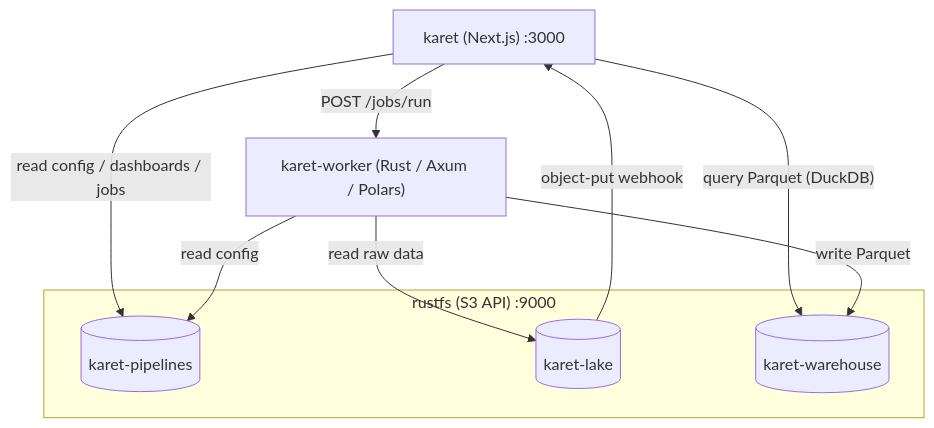
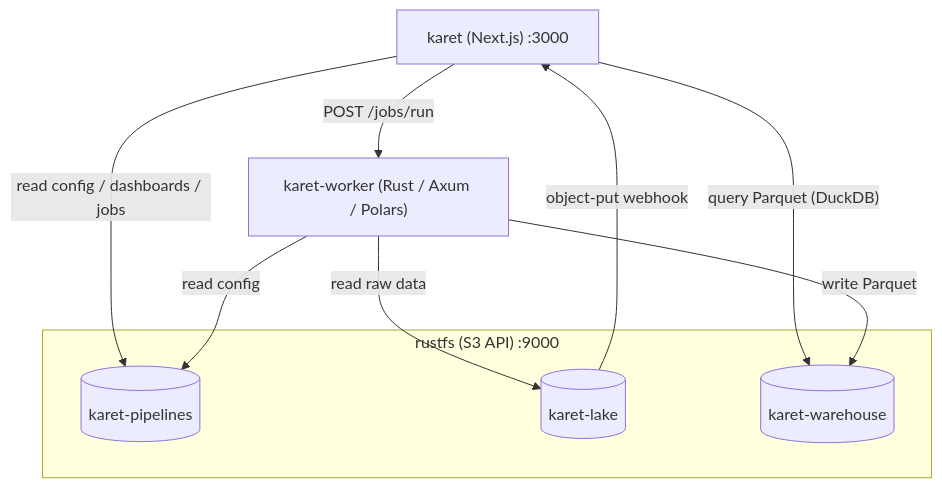
Before and after one commit to karet-org/karet-docs: the diagram in guide/architecture.md, drawn with Mermaid. The commit also changed 2 other files, not shown here.

Commit message:
Replaced ascii diagram with mermaid

````diff
--- a/guide/architecture.md
+++ b/guide/architecture.md
@@ -11,20 +11,25 @@
 ```mermaid
+%%{ init: { "flowchart": { "nodeSpacing": 55, "rankSpacing": 70 } } }%%
 flowchart TB
   web["karet (Next.js) :3000"]
   worker["karet-worker (Rust / Axum / Polars)"]
 
   subgraph s3["rustfs (S3 API) :9000"]
     pipelines[("karet-pipelines")]
     lake[("karet-lake")]
     warehouse[("karet-warehouse")]
   end
 
+  %% web edges, ordered left -> center -> right
+  web -->|"read config / dashboards / jobs"| pipelines
   web -->|"POST /jobs/run"| worker
-  web -->|"read config / dashboards / jobs"| pipelines
   web -->|"query Parquet (DuckDB)"| warehouse
-  lake -->|"object-put webhook"| web
 
+  %% worker edges, ordered left -> center -> right
   worker -->|"read config"| pipelines
   worker -->|"read raw data"| lake
   worker -->|"write Parquet"| warehouse
+
+  %% webhook back-edge declared last so it routes around the graph
+  lake -->|"object-put webhook"| web
 ```
````
